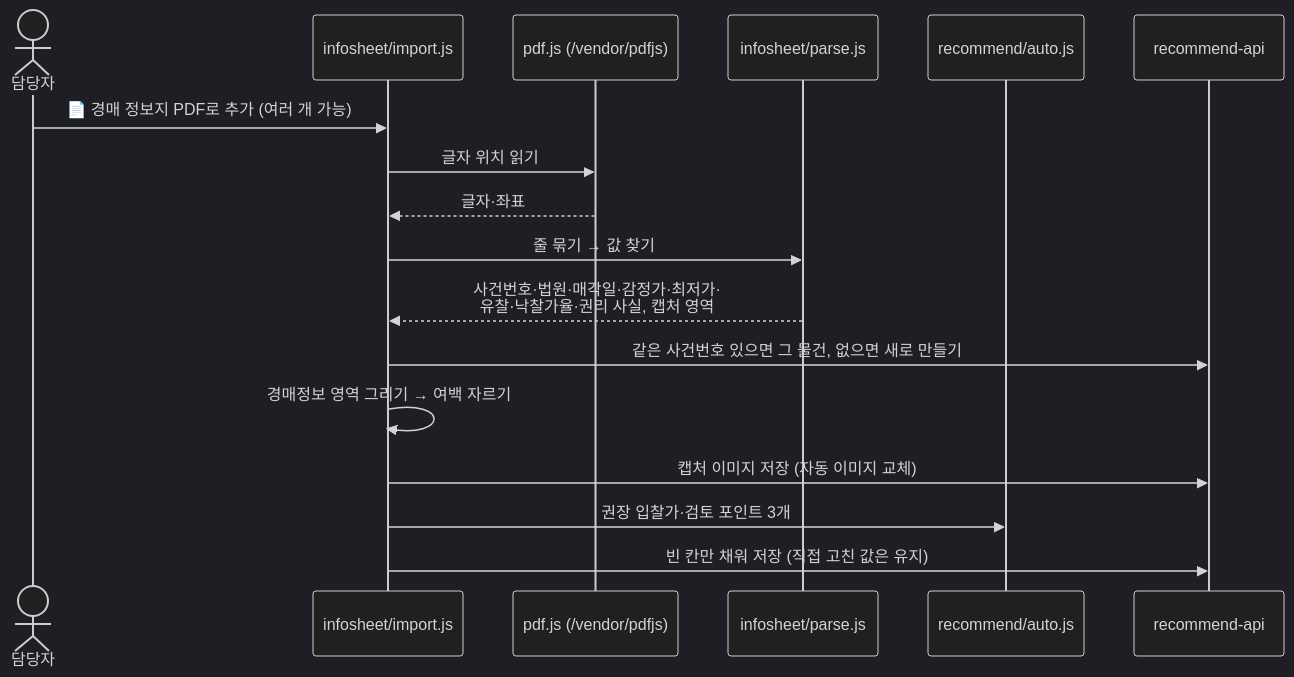
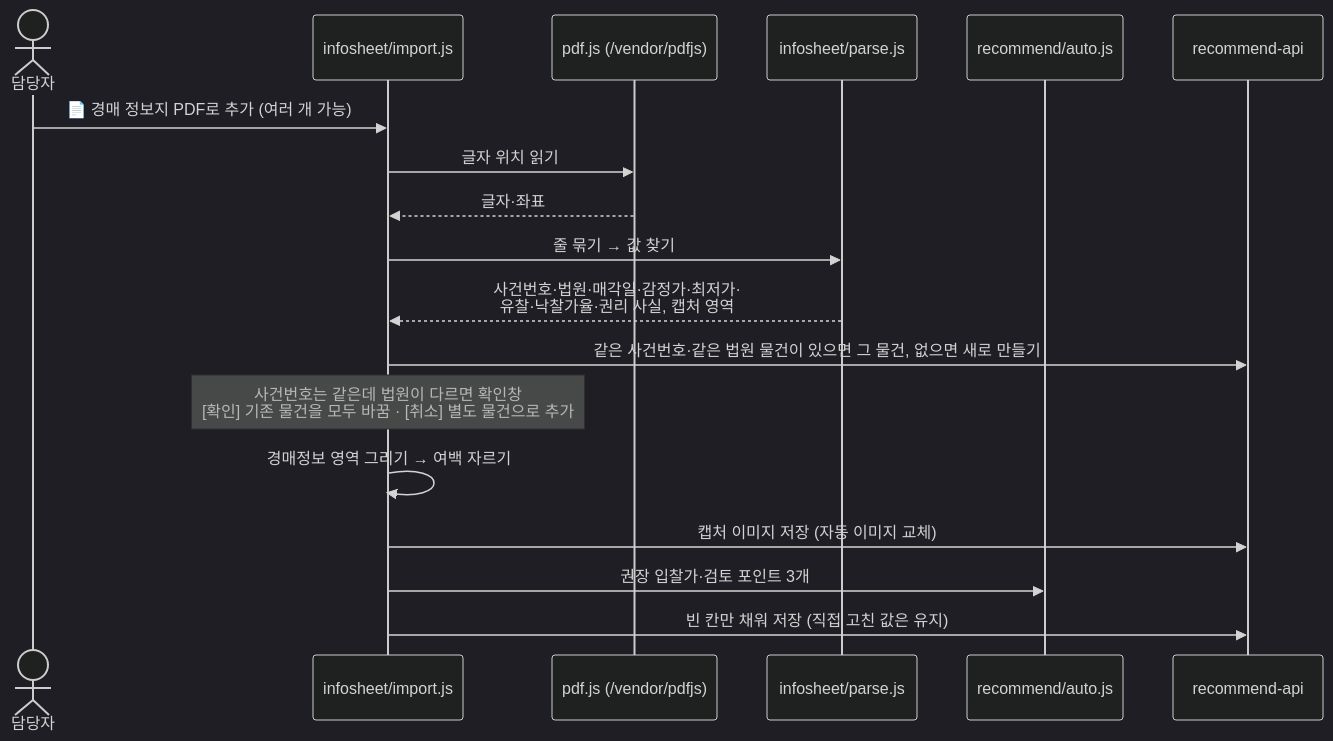
One commit to bdsedu94-boop/realestate-consulting changed the third of 5 diagrams in docs/ARCHITECTURE.md. Above: the diagram before and after it, drawn with Mermaid (dark theme). The commit also changed 2 other files, not shown here.

Commit message:
정보지: 사건번호가 같고 법원이 다르면 확인창 (모두 바꾸기 / 별도 추가), 리포트 물건 종류 보완
- 같은 사건번호·같은 법원 물건을 먼저 찾고, 법원이 다르면 확인창
  [확인] 법원·금액·캡처·검토 포인트·입찰가를 새 정보지로 모두 바꿈 (담당자·임대 예상·전략 메모·상태는 유지)
  [취소] 별도 물건으로 추가
- 물건 리포트 요약의 '물건 종류'가 비면 자동으로 읽은 종류·한 줄 요약에서 채움
- 구조 문서의 정보지 처리 순서 그림 갱신

Claude-Session: https://claude.ai/code/session_01E5iTB89r5F8bS9xFHmsFwE

````diff
--- a/docs/ARCHITECTURE.md
+++ b/docs/ARCHITECTURE.md
@@ -119,19 +119,20 @@
 ```mermaid
 sequenceDiagram
   actor 담당자
   participant 화면 as infosheet/import.js
   participant pdfjs as pdf.js (/vendor/pdfjs)
   participant 해석 as infosheet/parse.js
   participant 자동 as recommend/auto.js
   participant 서버 as recommend-api
   담당자->>화면: 📄 경매 정보지 PDF로 추가 (여러 개 가능)
   화면->>pdfjs: 글자 위치 읽기
   pdfjs-->>화면: 글자·좌표
   화면->>해석: 줄 묶기 → 값 찾기
   해석-->>화면: 사건번호·법원·매각일·감정가·최저가·<br/>유찰·낙찰가율·권리 사실, 캡처 영역
-  화면->>서버: 같은 사건번호 있으면 그 물건, 없으면 새로 만들기
+  화면->>서버: 같은 사건번호·같은 법원 물건이 있으면 그 물건, 없으면 새로 만들기
+  Note over 화면: 사건번호는 같은데 법원이 다르면 확인창<br/>[확인] 기존 물건을 모두 바꿈 · [취소] 별도 물건으로 추가
   화면->>화면: 경매정보 영역 그리기 → 여백 자르기
   화면->>서버: 캡처 이미지 저장 (자동 이미지 교체)
   화면->>자동: 권장 입찰가·검토 포인트 3개
   화면->>서버: 빈 칸만 채워 저장 (직접 고친 값은 유지)
 ```
````
